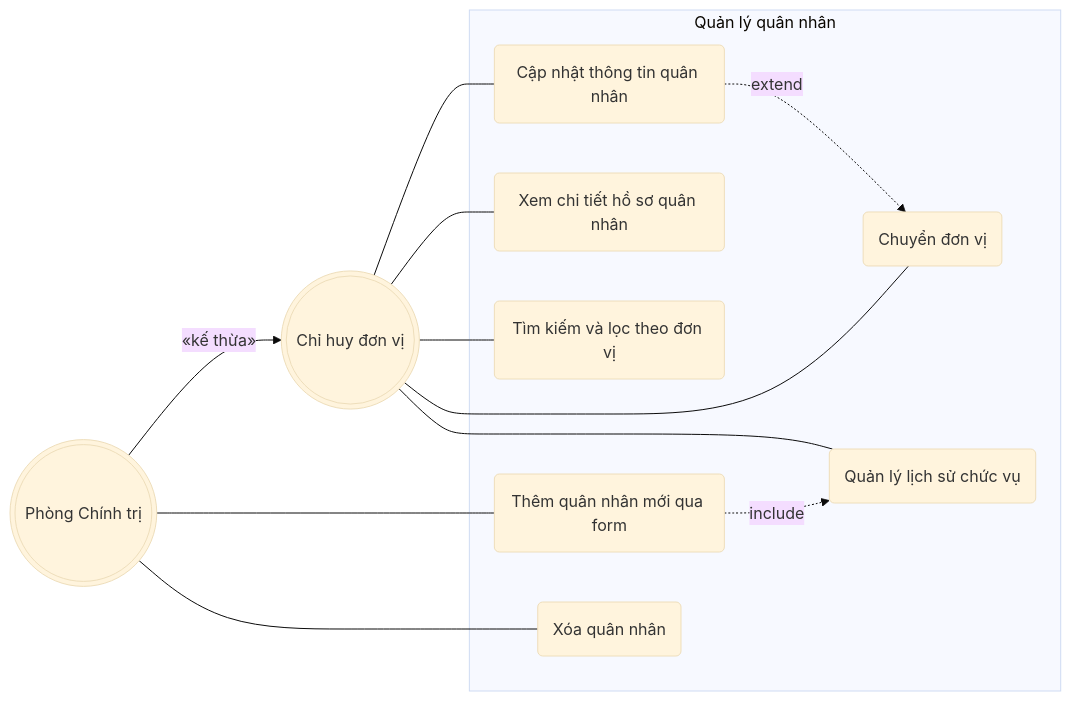
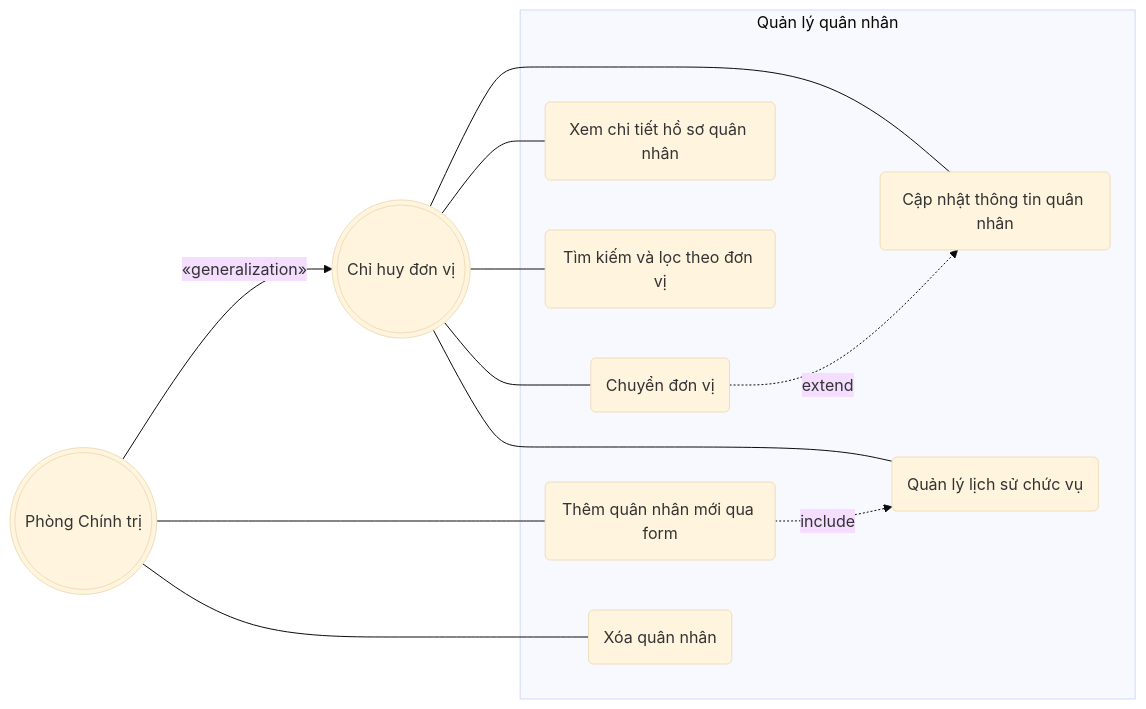
Before and after one commit to tranducbk/DATN_PM_QLKT: the third of 15 diagrams in docs/diagrams/01-use-case.md, drawn with Mermaid (base theme). The commit also changed other lines of this file and 69 other files, not shown here.

````diff
--- a/docs/diagrams/01-use-case.md
+++ b/docs/diagrams/01-use-case.md
@@ -122,29 +134,29 @@
 ```mermaid
 flowchart LR
     AD(((Phòng Chính trị)))
     MG(((Chỉ huy đơn vị)))
 
     subgraph SYS[Quản lý quân nhân]
         UC1(Thêm quân nhân mới qua form)
         UC2(Cập nhật thông tin quân nhân)
         UC3(Xóa quân nhân)
         UC4(Xem chi tiết hồ sơ quân nhân)
         UC5(Tìm kiếm và lọc theo đơn vị)
         UC6(Chuyển đơn vị)
         UC7(Quản lý lịch sử chức vụ)
 
         UC1 -.->|include| UC7
-        UC2 -.->|extend| UC6
+        UC6 -.->|extend| UC2
     end
 
-    AD -->|«kế thừa»| MG
+    AD -->|«generalization»| MG
 
     AD --- UC1
     AD --- UC3
 
     MG --- UC2
     MG --- UC4
     MG --- UC5
     MG --- UC6
     MG --- UC7
 ```
````
